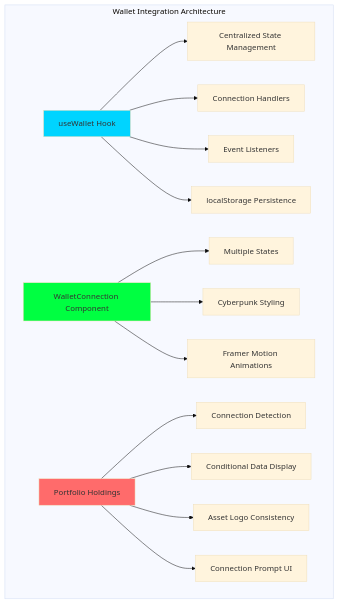
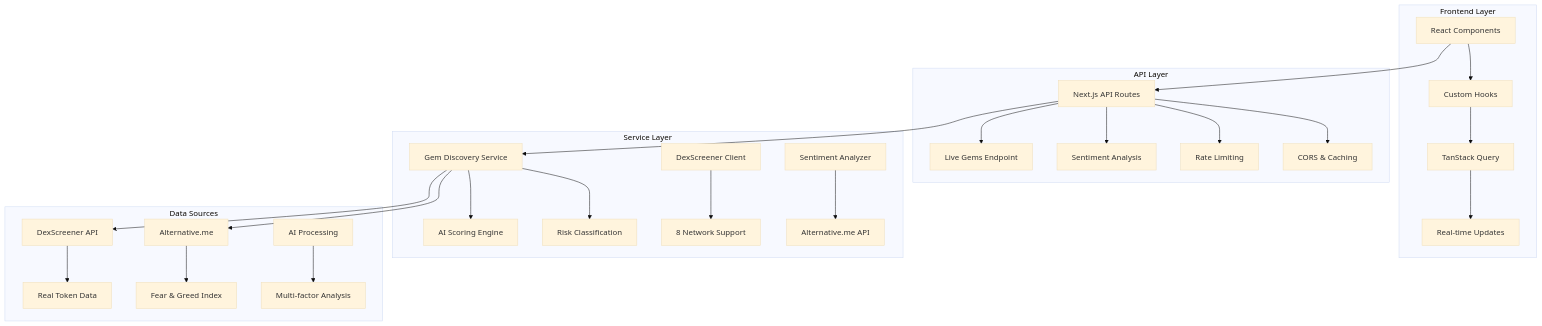
One commit to didier3529/Bradley-AI changed diagram 19 of 22 in COMPREHENSIVE_REPOSITORY_ANALYSIS.md. Above: the diagram before and after it, drawn with Mermaid (base theme). The commit also changed other lines of this file and 224 other files, not shown here.

````diff
--- a/COMPREHENSIVE_REPOSITORY_ANALYSIS.md
+++ b/COMPREHENSIVE_REPOSITORY_ANALYSIS.md
@@ -1957,22 +3403,33 @@
 ```mermaid
-graph TD
-    subgraph "Wallet Integration Architecture"
-        A[useWallet Hook] --> B[Centralized State Management]
-        A --> C[Connection Handlers]
-        A --> D[Event Listeners]
-        A --> E[localStorage Persistence]
+graph TB
+    subgraph "Frontend Layer"
+        A[React Components] --> B[Custom Hooks]
+        B --> C[TanStack Query]
+        C --> D[Real-time Updates]
+    end
 
-        F[WalletConnection Component] --> G[Multiple States]
-        F --> H[Cyberpunk Styling]
-        F --> I[Framer Motion Animations]
+    subgraph "API Layer"
+        E[Next.js API Routes] --> F[Live Gems Endpoint]
+        E --> G[Sentiment Analysis]
+        E --> H[Rate Limiting]
+        E --> I[CORS & Caching]
+    end
 
-        J[Portfolio Holdings] --> K[Connection Detection]
-        J --> L[Conditional Data Display]
-        J --> M[Asset Logo Consistency]
-        J --> N[Connection Prompt UI]
+    subgraph "Service Layer"
+        J[Gem Discovery Service] --> K[AI Scoring Engine]
+        J --> L[Risk Classification]
+        M[DexScreener Client] --> N[8 Network Support]
+        O[Sentiment Analyzer] --> P[Alternative.me API]
+    end
 
-        style A fill:#00d4ff
-        style F fill:#00ff41
-        style J fill:#ff6b6b
+    subgraph "Data Sources"
+        Q[DexScreener API] --> R[Real Token Data]
+        S[Alternative.me] --> T[Fear & Greed Index]
+        U[AI Processing] --> V[Multi-factor Analysis]
     end
+
+    A --> E
+    E --> J
+    J --> Q
+    J --> S
 ```
````
